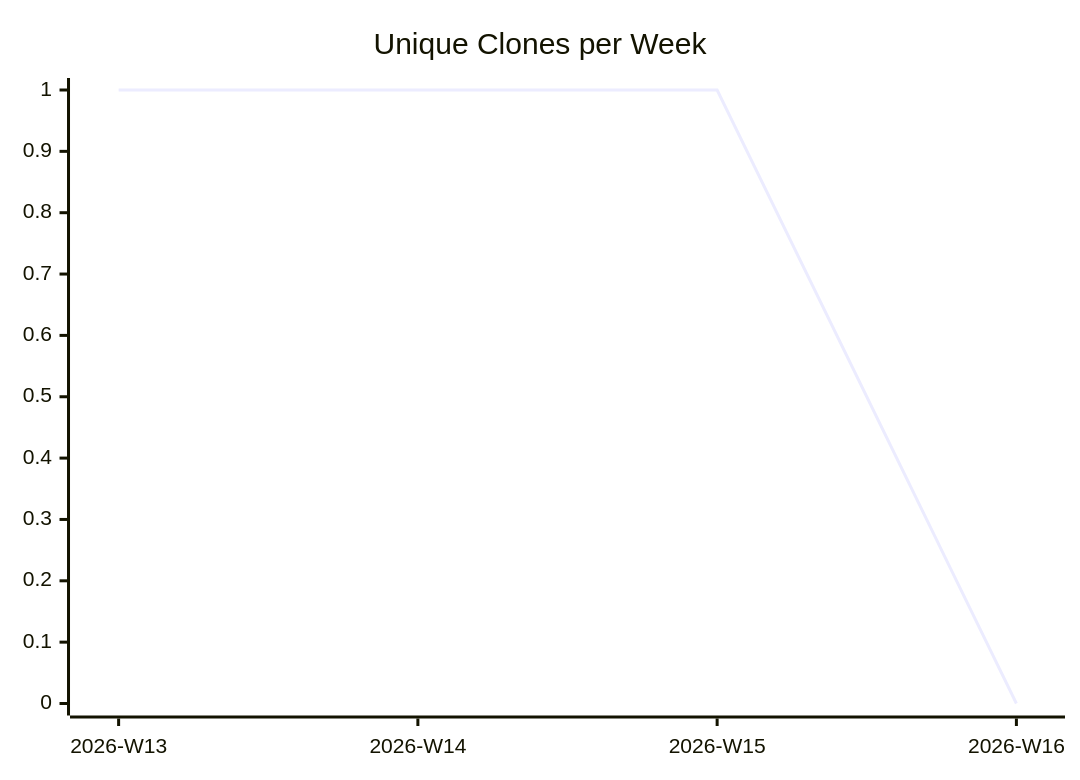
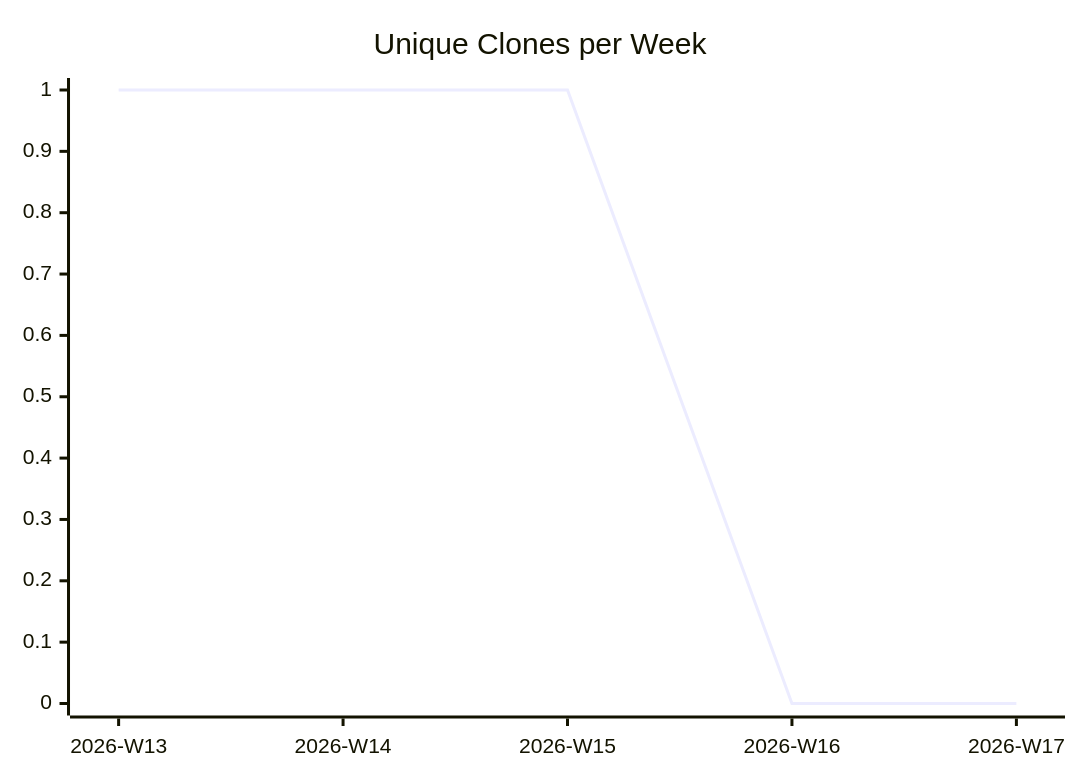
Before and after one commit to justdavis-family/github-analytics-data: the third of 3 diagrams in karlmdavis/ansible-roles/README.md, drawn with Mermaid. The commit also changed other lines of this file and 198 other files, not shown here.

````diff
--- a/karlmdavis/ansible-roles/README.md
+++ b/karlmdavis/ansible-roles/README.md
@@ -19,6 +19,6 @@
 ```mermaid
 xychart-beta
   title "Unique Clones per Week"
-  x-axis ["2026-W13", "2026-W14", "2026-W15", "2026-W16"]
-  line [1, 1, 1, 0]
+  x-axis ["2026-W13", "2026-W14", "2026-W15", "2026-W16", "2026-W17"]
+  line [1, 1, 1, 0, 0]
 ```
````
